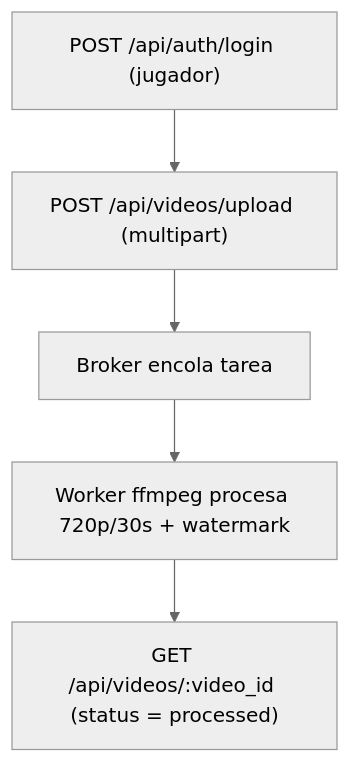
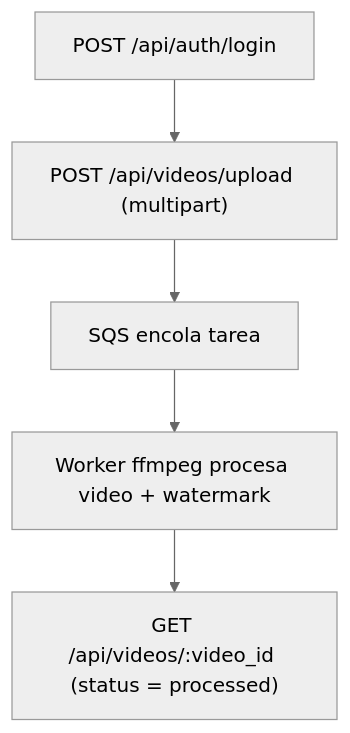
One commit to tatoand97/Sistema-de-Videos-y-Ranking changed the second of 2 diagrams in capacity-planning/README.md. Above: the diagram before and after it, drawn with Mermaid (neutral theme). The commit also changed other lines of this file and 22 other files, not shown here.

````diff
--- a/capacity-planning/README.md
+++ b/capacity-planning/README.md
@@ -71,7 +92,7 @@
 ```mermaid
 flowchart TD
-  A["POST /api/auth/login (jugador)"] --> B["POST /api/videos/upload (multipart)"]
-  B --> C["Broker encola tarea"]
-  C --> D["Worker ffmpeg procesa 720p/30s + watermark"]
+  A["POST /api/auth/login"] --> B["POST /api/videos/upload (multipart)"]
+  B --> C["SQS encola tarea"]
+  C --> D["Worker ffmpeg procesa video + watermark"]
   D --> E["GET /api/videos/:video_id (status = processed)"]
 ```
````
